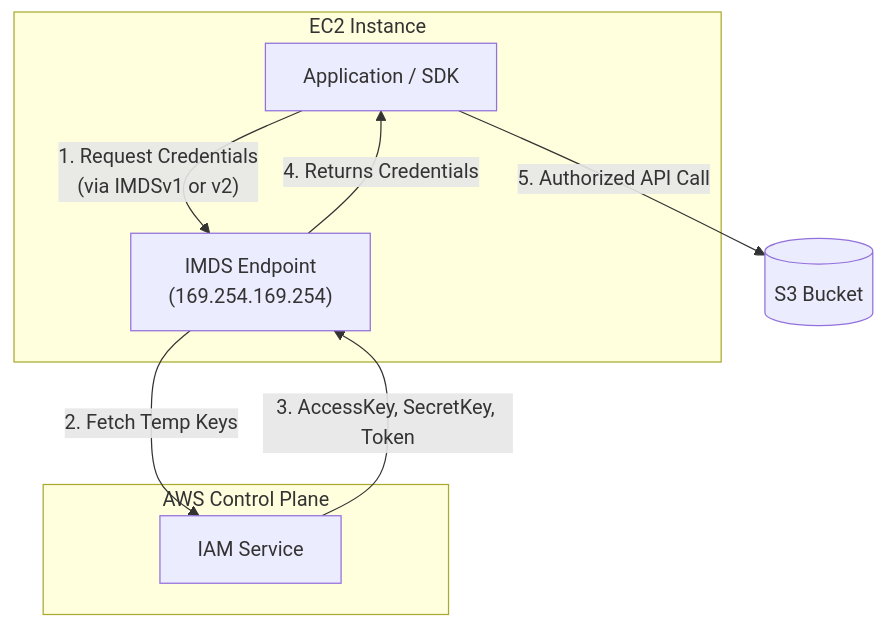
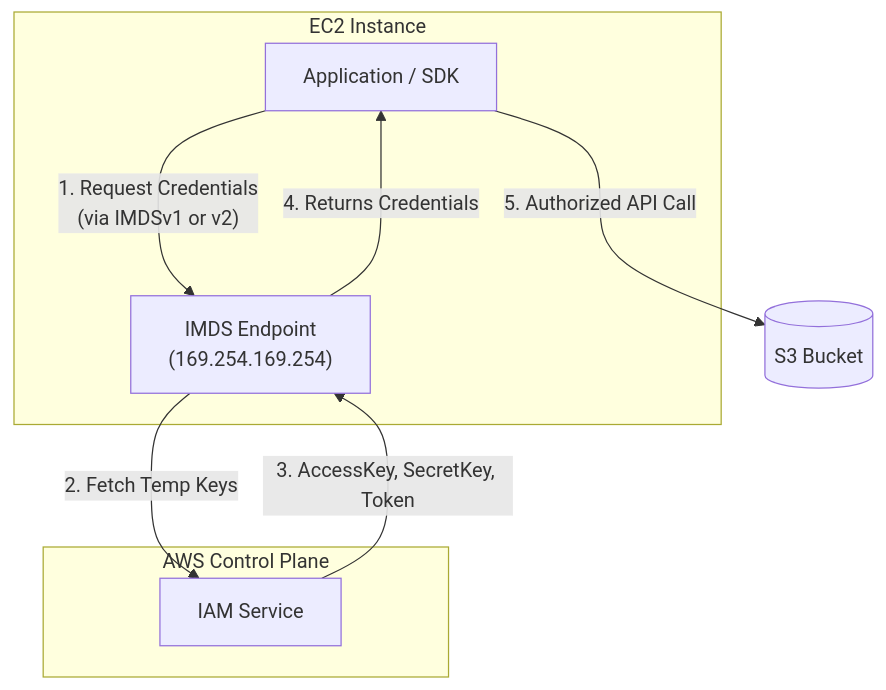
The diagram in domain_4_iam_management/ec2_instance_metadata.md (Root-Shells/aws_scs_udemy), drawn with Mermaid before and after one commit.

Commit message:
Adjust Mermaid diagram spacing in IMDS documentation

````diff
--- a/domain_4_iam_management/ec2_instance_metadata.md
+++ b/domain_4_iam_management/ec2_instance_metadata.md
@@ -55,17 +55,17 @@
 ```mermaid
 flowchart TD
     subgraph Instance ["EC2 Instance"]
         App["Application / SDK"]
         IMDS["IMDS Endpoint<br>(169.254.169.254)"]
     end
 
     subgraph AWS ["AWS Control Plane"]
         IAM["IAM Service"]
     end
 
-    App -->|"1. Request Credentials<br>(via IMDSv1 or v2)"| IMDS
+    App --->|"1. Request Credentials<br>(via IMDSv1 or v2)"| IMDS
     IMDS -->|"2. Fetch Temp Keys"| IAM
-    IAM -- "3. AccessKey, SecretKey, Token" --> IMDS
-    IMDS -- "4. Returns Credentials" --> App
-    App -->|"5. Authorized API Call"| S3[("S3 Bucket")]
+    IAM -->|"3. AccessKey, SecretKey, Token"| IMDS
+    IMDS --->|"4. Returns Credentials"| App
+    App --->|"5. Authorized API Call"| S3[("S3 Bucket")]
 ```
````
